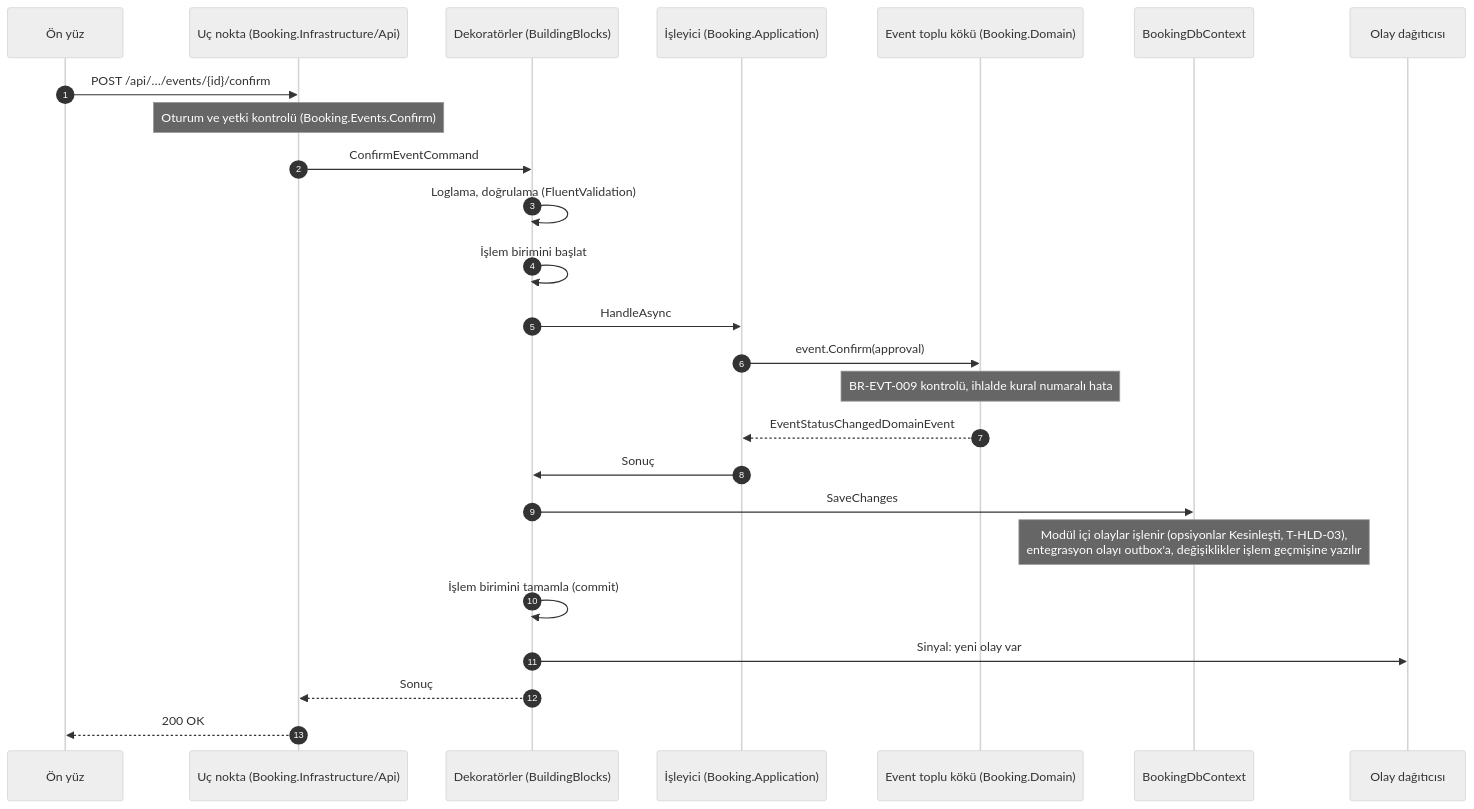
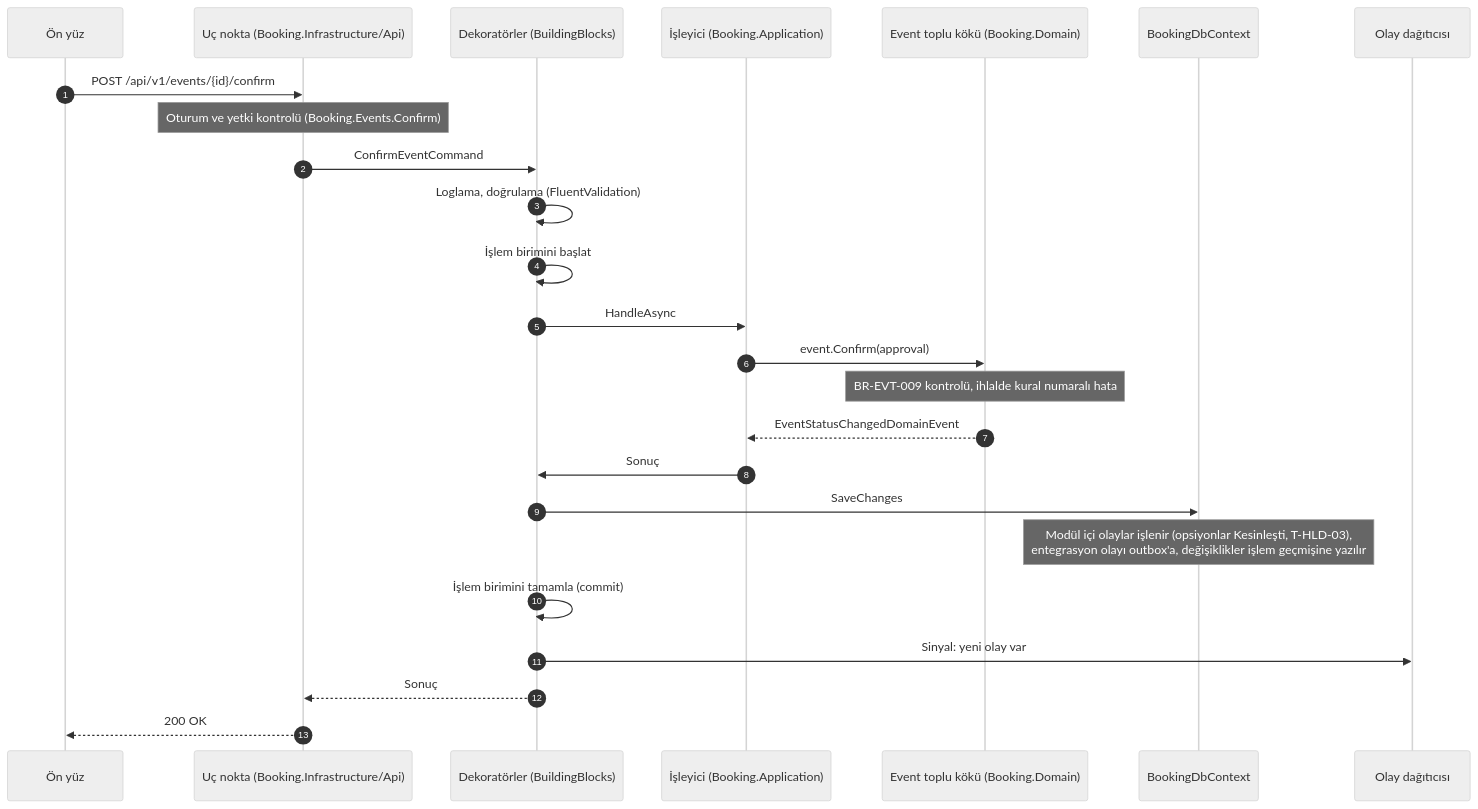
The second of 3 diagrams in docs/08-architecture.md (htalhakeskin-lgtm/etkinlik-konser-yonetim-sistemi), drawn with Mermaid (neutral theme) before and after one commit. The commit also changed other lines of this file and 12 other files, not shown here.

````diff
--- a/docs/08-architecture.md
+++ b/docs/08-architecture.md
@@ -270,28 +270,28 @@
 ```mermaid
 sequenceDiagram
     autonumber
     participant UI as Ön yüz
     participant EP as Uç nokta (Booking.Infrastructure/Api)
     participant PIPE as Dekoratörler (BuildingBlocks)
     participant H as İşleyici (Booking.Application)
     participant D as Event toplu kökü (Booking.Domain)
     participant DB as BookingDbContext
     participant OB as Olay dağıtıcısı
 
-    UI->>EP: POST /api/…/events/{id}/confirm
+    UI->>EP: POST /api/v1/events/{id}/confirm
     Note over EP: Oturum ve yetki kontrolü (Booking.Events.Confirm)
     EP->>PIPE: ConfirmEventCommand
     PIPE->>PIPE: Loglama, doğrulama (FluentValidation)
     PIPE->>PIPE: İşlem birimini başlat
     PIPE->>H: HandleAsync
     H->>D: event.Confirm(approval)
     Note over D: BR-EVT-009 kontrolü, ihlalde kural numaralı hata
     D-->>H: EventStatusChangedDomainEvent
     H->>PIPE: Sonuç
     PIPE->>DB: SaveChanges
     Note over DB: Modül içi olaylar işlenir (opsiyonlar Kesinleşti, T-HLD-03),<br/>entegrasyon olayı outbox'a, değişiklikler işlem geçmişine yazılır
     PIPE->>PIPE: İşlem birimini tamamla (commit)
     PIPE->>OB: Sinyal: yeni olay var
     PIPE-->>EP: Sonuç
     EP-->>UI: 200 OK
 ```
````
